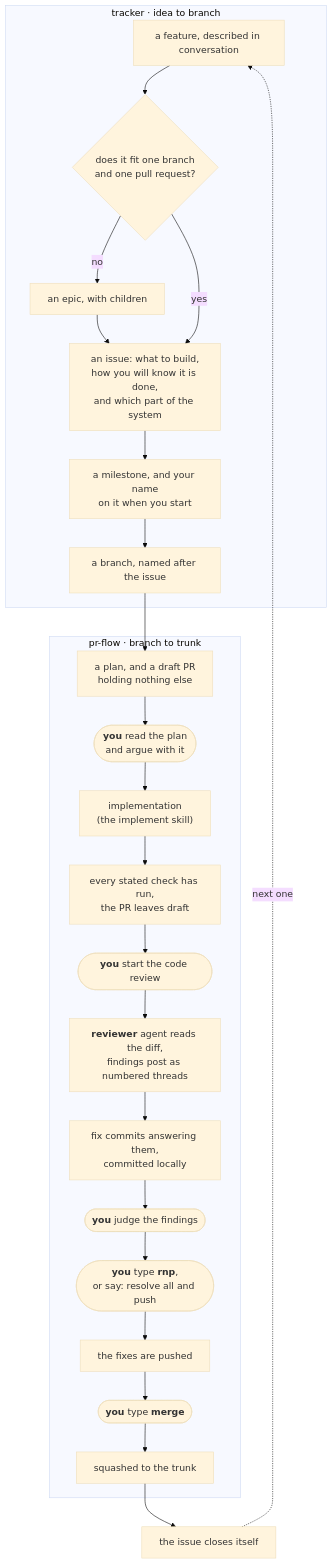
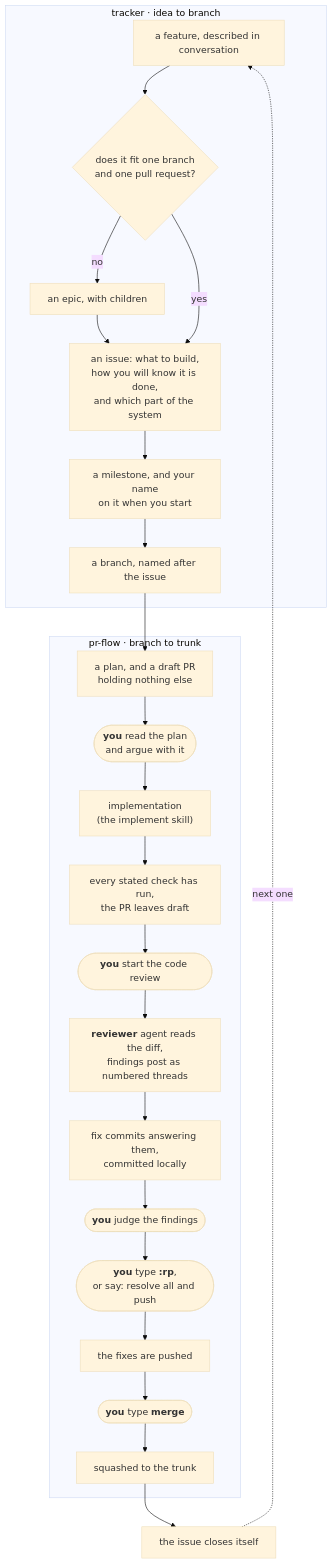
Before and after one commit to izkreny/agentifico: the diagram in plugins/gh-solo/skills/tracker/README.md, drawn with Mermaid (base theme). The commit also changed 15 other files, not shown here.

````diff
--- a/plugins/gh-solo/skills/tracker/README.md
+++ b/plugins/gh-solo/skills/tracker/README.md
@@ -26,29 +26,29 @@
 ```mermaid
 flowchart TD
     subgraph tracker["tracker · idea to branch"]
         A["a feature, described in conversation"] --> B{"does it fit one branch<br/>and one pull request?"}
         B -->|"no"| C["an epic, with children"]
         C --> D["an issue: what to build,<br/>how you will know it is done,<br/>and which part of the system"]
         B -->|"yes"| D
         D --> E["a milestone, and your name<br/>on it when you start"]
         E --> F["a branch, named after the issue"]
     end
 
     subgraph prflow["pr-flow · branch to trunk"]
         F --> G["a plan, and a draft PR<br/>holding nothing else"]
         G --> STOP(["<b>you</b> read the plan<br/>and argue with it"])
         STOP --> H["implementation<br/>(the implement skill)"]
         H --> I["every stated check has run,<br/>the PR leaves draft"]
         I --> J(["<b>you</b> start the code review"])
         J --> K["<b>reviewer</b> agent reads the diff,<br/>findings post as numbered threads"]
         K --> L["fix commits answering them,<br/>committed locally"]
         L --> K2(["<b>you</b> judge the findings"])
-        K2 --> K3(["<b>you</b> type <b>rnp</b>,<br/>or say: resolve all and push"])
+        K2 --> K3(["<b>you</b> type <b>:rp</b>,<br/>or say: resolve all and push"])
         K3 --> L2["the fixes are pushed"]
         L2 --> K4(["<b>you</b> type <b>merge</b>"])
         K4 --> M["squashed to the trunk"]
     end
 
     M --> N["the issue closes itself"]
     N -.->|"next one"| A
 ```
````
